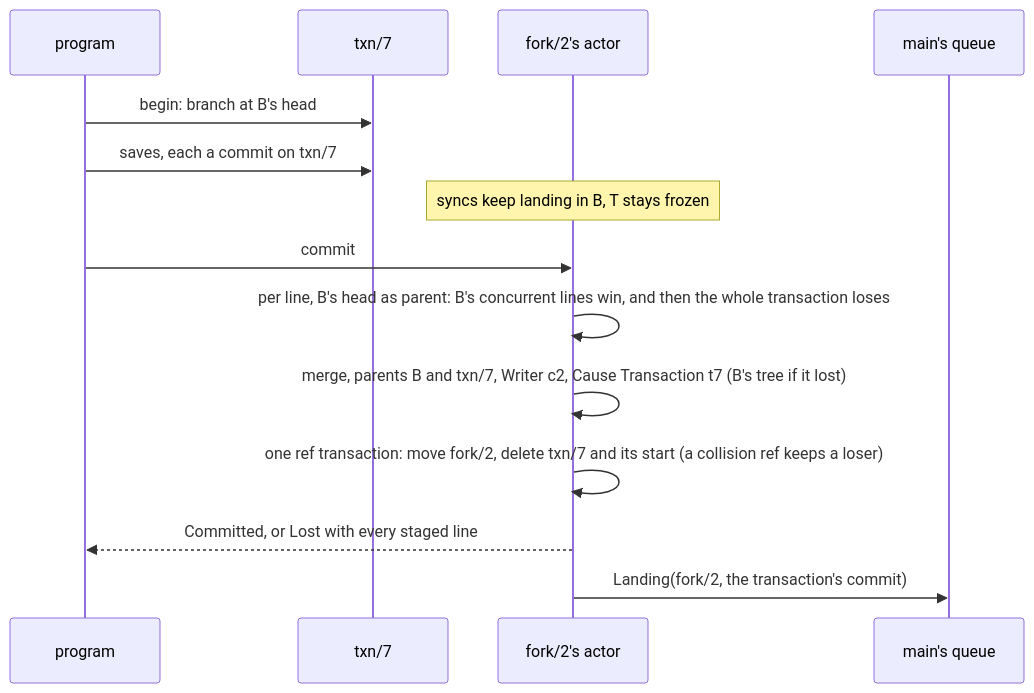
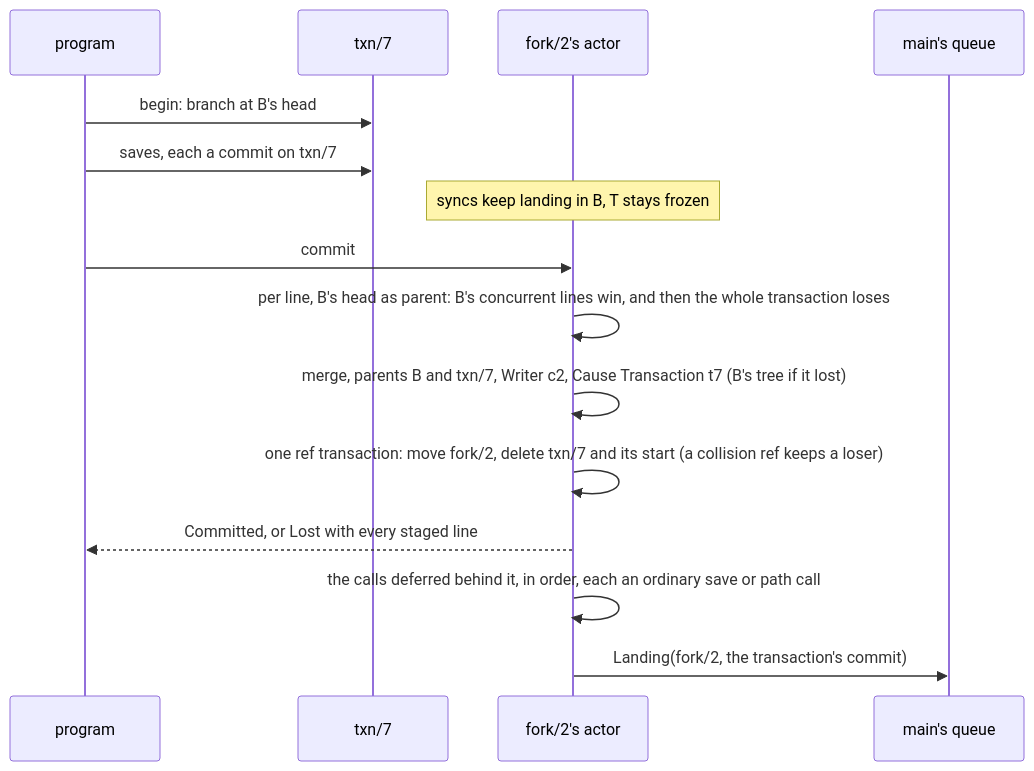
One commit to mcurcio/agentfs changed the sixth of 7 diagrams in docs/target-architecture/git-model.md. Above: the diagram before and after it, drawn with Mermaid. The commit also changed other lines of this file and 6 other files, not shown here.

````diff
--- a/docs/target-architecture/git-model.md
+++ b/docs/target-architecture/git-model.md
@@ -587,16 +594,17 @@
 ```mermaid
 sequenceDiagram
   participant P as program
   participant T as txn/7
   participant B as fork/2's actor
   participant QM as main's queue
   P->>T: begin: branch at B's head
   P->>T: saves, each a commit on txn/7
   Note over B: syncs keep landing in B, T stays frozen
   P->>B: commit
   B->>B: per line, B's head as parent: B's concurrent lines win, and then the whole transaction loses
   B->>B: merge, parents B and txn/7, Writer c2, Cause Transaction t7 (B's tree if it lost)
   B->>B: one ref transaction: move fork/2, delete txn/7 and its start (a collision ref keeps a loser)
   B-->>P: Committed, or Lost with every staged line
+  B->>B: the calls deferred behind it, in order, each an ordinary save or path call
   B->>QM: Landing(fork/2, the transaction's commit)
 ```
````
